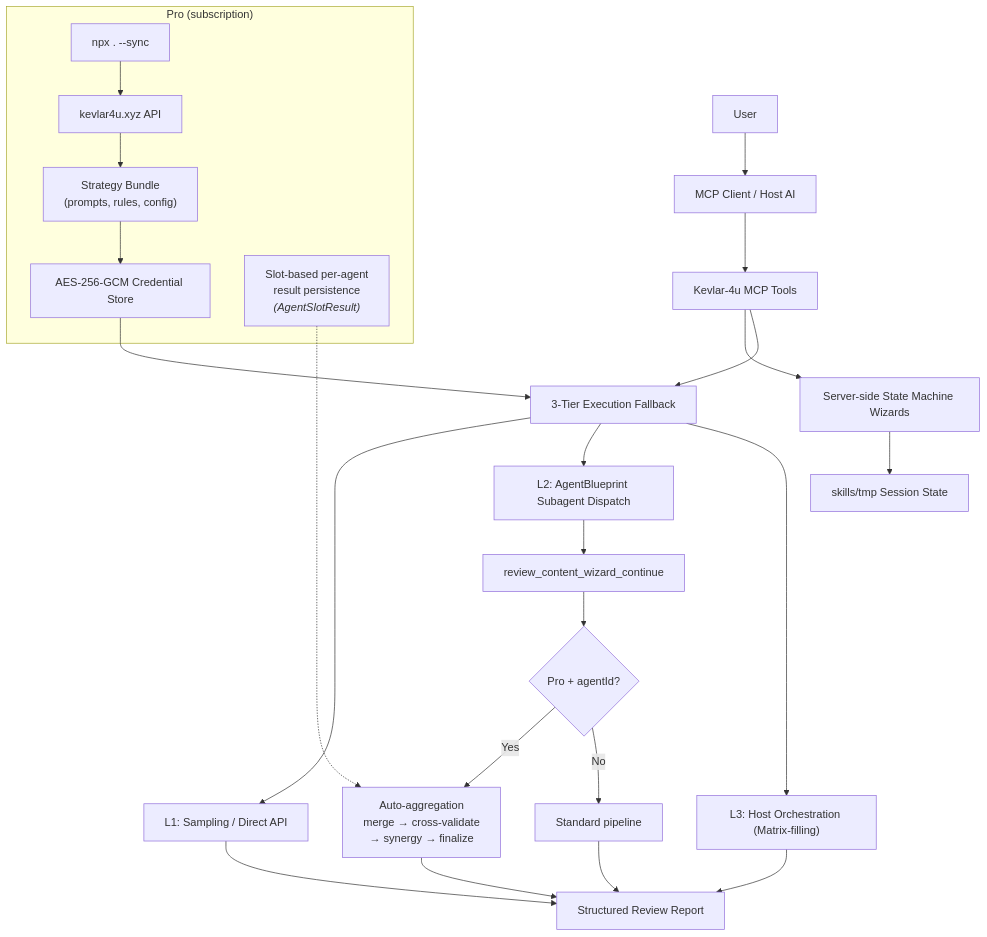
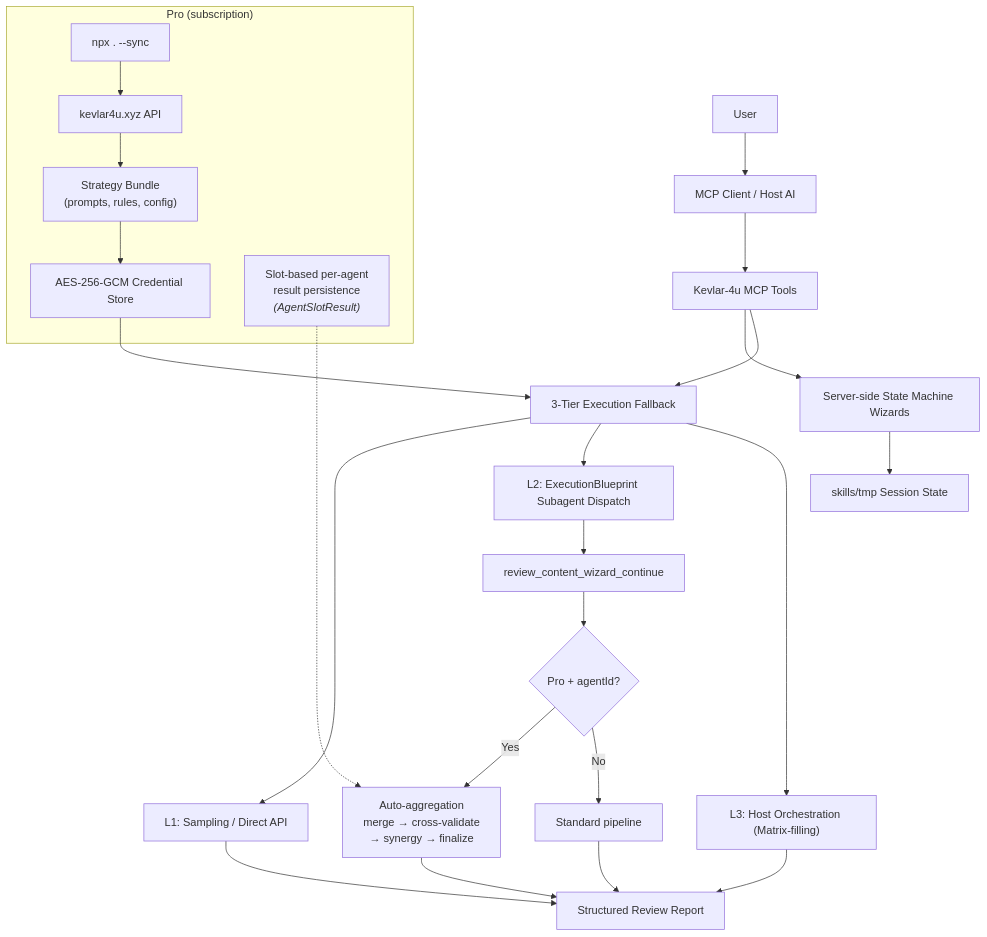
Before and after one commit to ChurzeXo/kevlar-4u: the third of 3 diagrams in README.md, drawn with Mermaid. The commit also changed other lines of this file and 8 other files, not shown here.

First line of the commit message:
refactor: ExecutionBlueprint ecosystem alignment with dispatch spec

````diff
--- a/README.md
+++ b/README.md
@@ -397,34 +397,34 @@
 ```mermaid
 flowchart TD
   User["User"] --> Client["MCP Client / Host AI"]
   Client --> Tools["Kevlar-4u MCP Tools"]
 
   Tools --> Wizards["Server-side State Machine Wizards"]
   Wizards --> Tmp["skills/tmp Session State"]
 
   Tools --> Fallback["3-Tier Execution Fallback"]
   Fallback --> L1["L1: Sampling / Direct API"]
-  Fallback --> L2["L2: AgentBlueprint Subagent Dispatch"]
+  Fallback --> L2["L2: ExecutionBlueprint Subagent Dispatch"]
   Fallback --> L3["L3: Host Orchestration (Matrix-filling)"]
 
   L2 --> Cont["review_content_wizard_continue"]
   Cont --> Slot{Pro + agentId?}
   Slot -->|Yes| Agg["Auto-aggregation<br/>merge → cross-validate<br/>→ synergy → finalize"]
   Slot -->|No| Normal["Standard pipeline"]
 
   Agg --> Report["Structured Review Report"]
   Normal --> Report
   L3 --> Report
   L1 --> Report
 
   subgraph Pro["Pro (subscription)"]
     Sync["npx . --sync"]
     Server["kevlar4u.xyz API"]
     Bundle["Strategy Bundle<br/>(prompts, rules, config)"]
     Cred["AES-256-GCM Credential Store"]
     SlotAgg["Slot-based per-agent<br/>result persistence<br/><i>(AgentSlotResult)</i>"]
   end
 
   Sync --> Server --> Bundle --> Cred --> Fallback
   SlotAgg -.-> Agg
 ```
````
